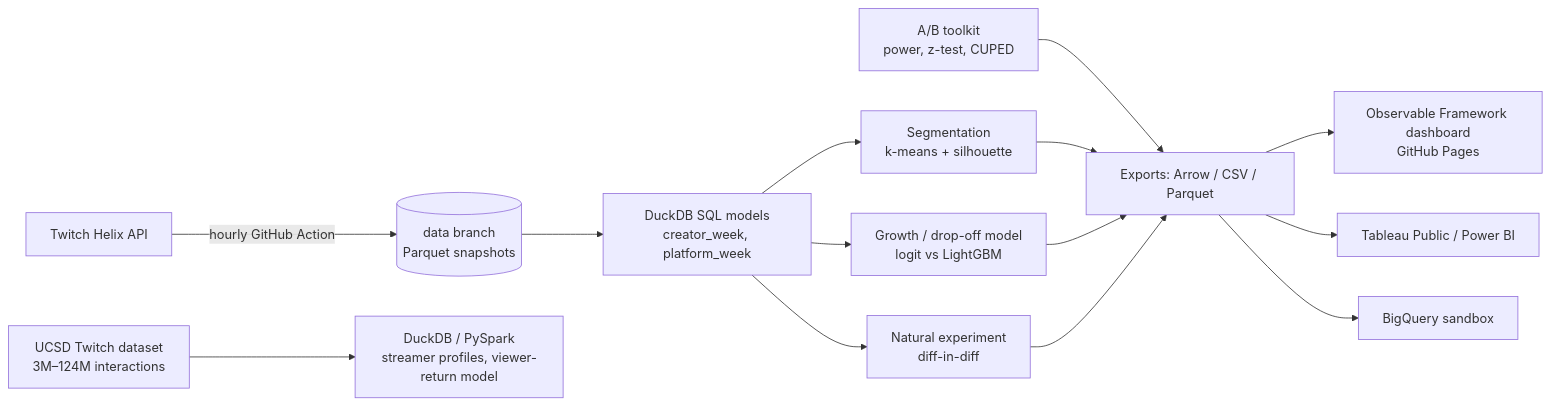
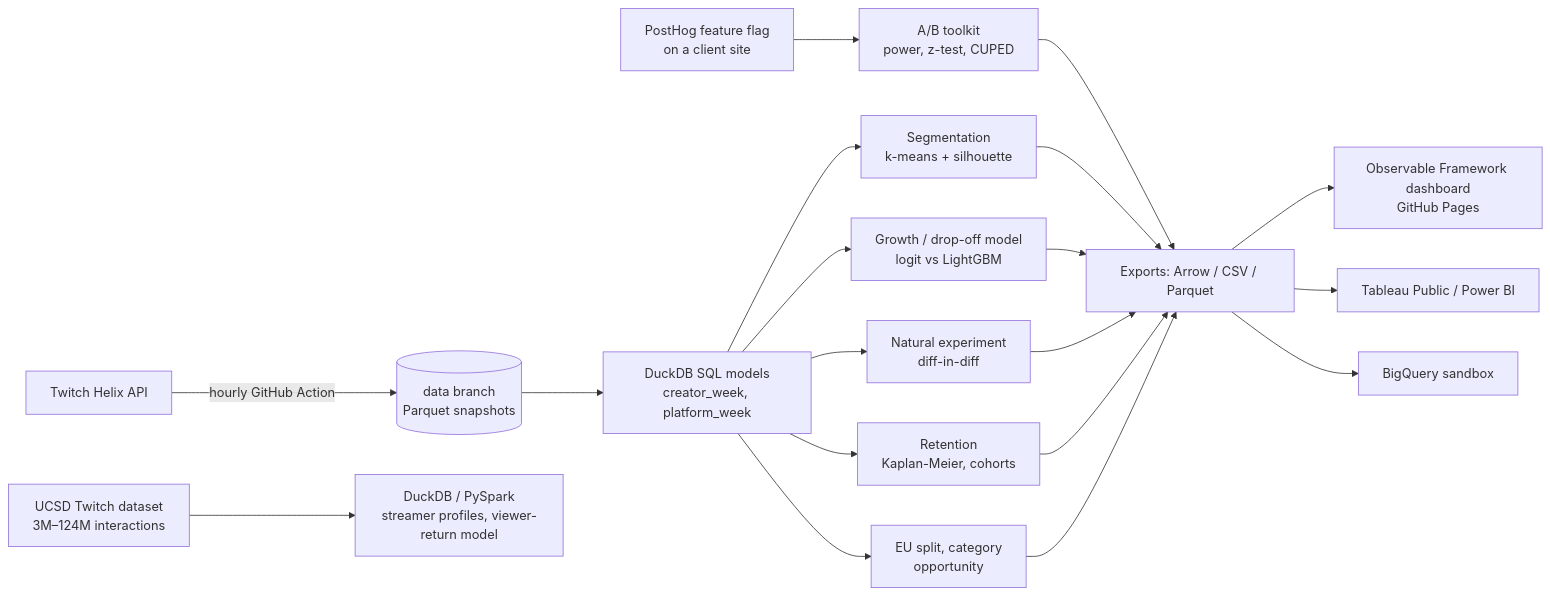
Before and after one commit to akshajan-r/LiveScope: the diagram in README.md, drawn with Mermaid. The commit also changed other lines of this file and 33 other files, not shown here.

````diff
--- a/README.md
+++ b/README.md
@@ -24,14 +59,17 @@
 ```mermaid
 flowchart LR
     A[Twitch Helix API] -->|hourly GitHub Action| B[(data branch<br/>Parquet snapshots)]
     B --> C[DuckDB SQL models<br/>creator_week, platform_week]
     C --> D[Segmentation<br/>k-means + silhouette]
     C --> E[Growth / drop-off model<br/>logit vs LightGBM]
     C --> F[Natural experiment<br/>diff-in-diff]
+    C --> N[Retention<br/>Kaplan-Meier, cohorts]
+    C --> O[EU split, category<br/>opportunity]
     G[A/B toolkit<br/>power, z-test, CUPED] --> H
-    D & E & F --> H[Exports: Arrow / CSV / Parquet]
+    D & E & F & N & O --> H[Exports: Arrow / CSV / Parquet]
+    P[PostHog feature flag<br/>on a client site] --> G
     H --> I[Observable Framework dashboard<br/>GitHub Pages]
     H --> J[Tableau Public / Power BI]
     H --> K[BigQuery sandbox]
     L[UCSD Twitch dataset<br/>3M–124M interactions] --> M[DuckDB / PySpark<br/>streamer profiles, viewer-return model]
 ```
````
